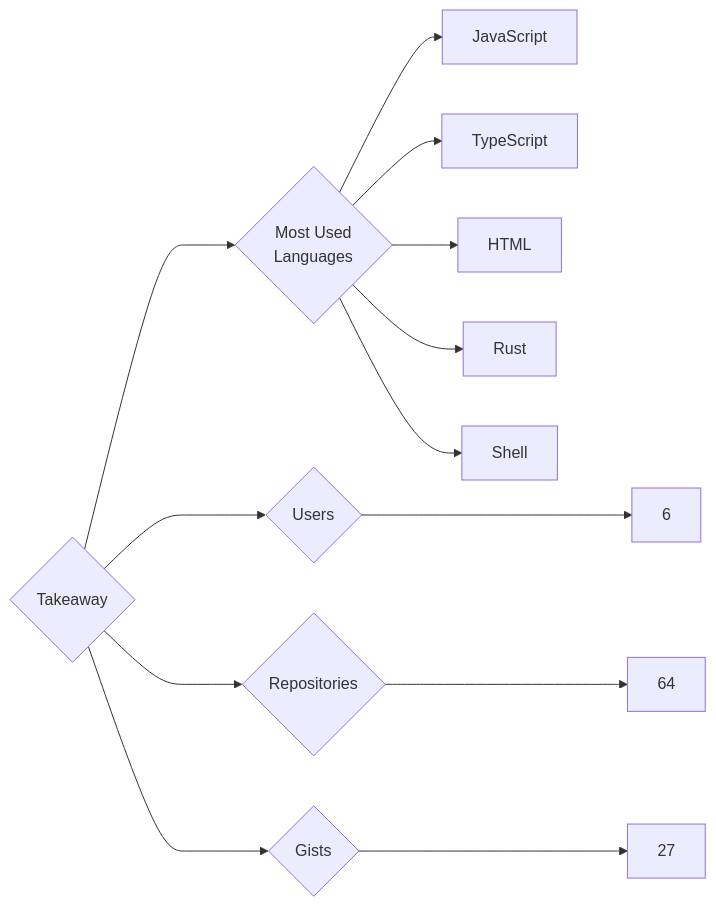
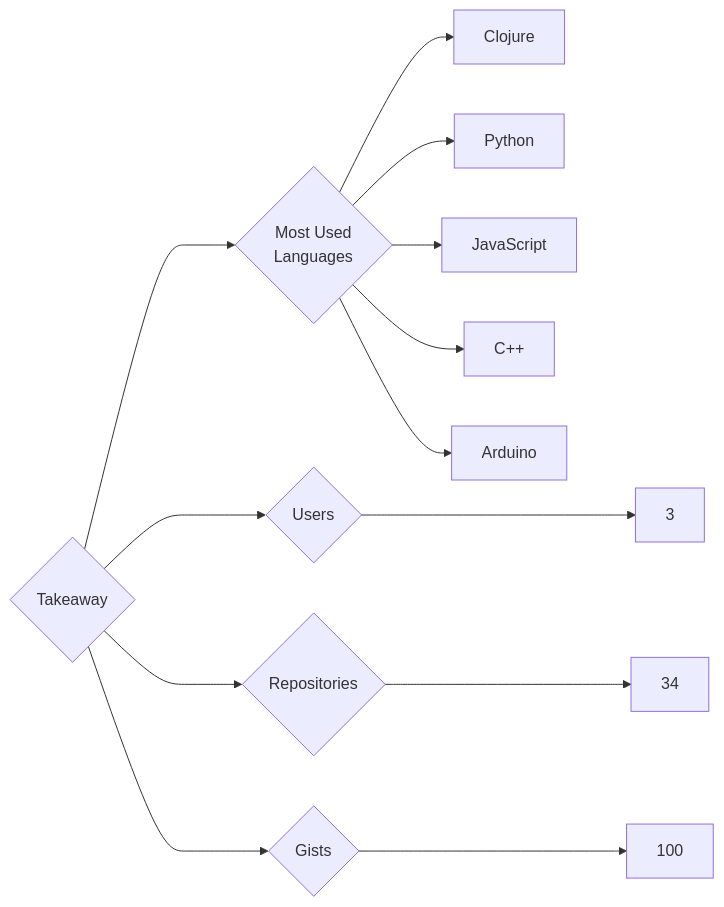
Before and after one commit to trickest/insiders: the diagram in targets/Takeaway/README.md, drawn with Mermaid. The commit also changed 1496 other files, not shown here.

````diff
--- a/targets/Takeaway/README.md
+++ b/targets/Takeaway/README.md
@@ -3,13 +3,13 @@
 ```mermaid
 graph LR
 COMPANY_NAME{Takeaway}
-COMPANY_NAME ---> U{Users} ---> UN[6]
-COMPANY_NAME ---> R{Repositories} ---> RN[64]
-COMPANY_NAME ---> G{Gists} ---> GN[27]
+COMPANY_NAME ---> U{Users} ---> UN[3]
+COMPANY_NAME ---> R{Repositories} ---> RN[34]
+COMPANY_NAME ---> G{Gists} ---> GN[100]
 COMPANY_NAME ---> ML{Most Used<br>Languages}
+ML --> Clojure[Clojure]
+ML --> Python[Python]
 ML --> JavaScript[JavaScript]
-ML --> TypeScript[TypeScript]
-ML --> HTML[HTML]
-ML --> Rust[Rust]
-ML --> Shell[Shell]
+ML --> C++[C++]
+ML --> Arduino[Arduino]
 ```
````
